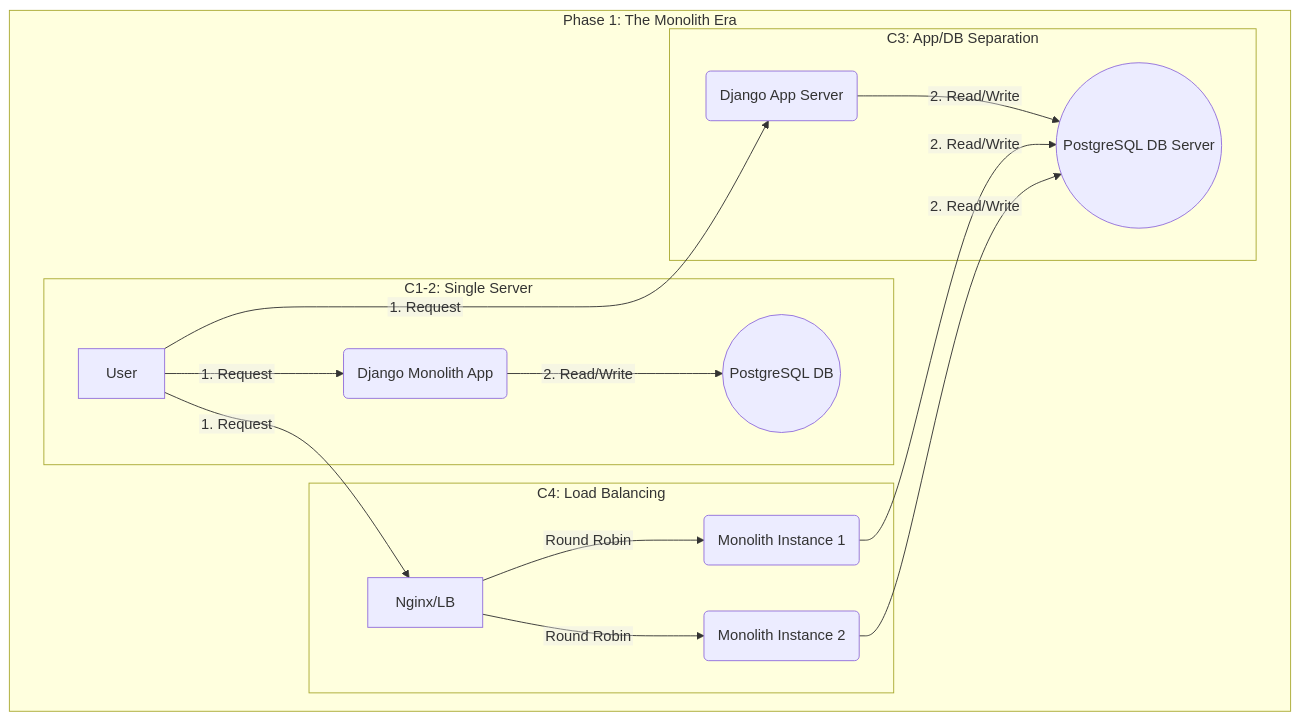
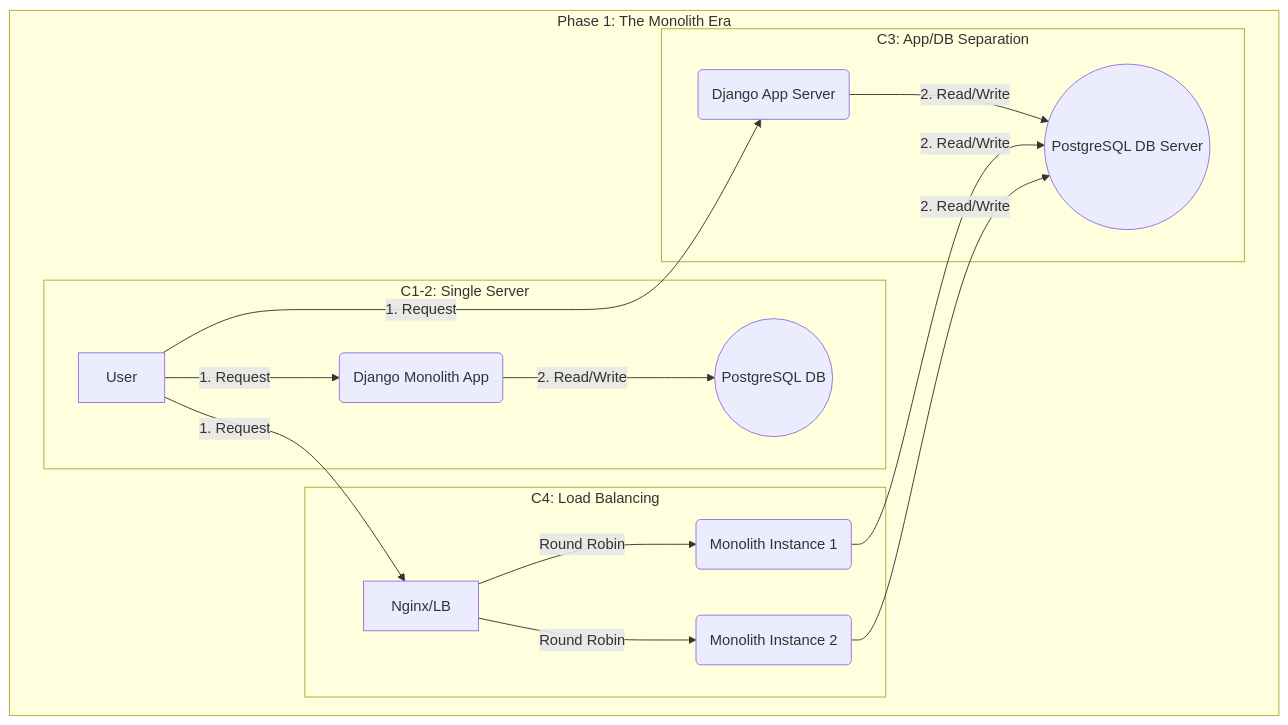
The diagram in Diagrams/README.md (004Ajay/The-Accidental-CTO), drawn with Mermaid before and after one commit. The commit also changed other lines of this file, not shown here.

Commit message:
Test Diagram made clear

````diff
--- a/Diagrams/README.md
+++ b/Diagrams/README.md
@@ -3,37 +5,37 @@
 ```mermaid
-%%{init: {'flowchart': {'htmlLabels': false}}}%%
+%%{init: {'flowchart': {'htmlLabels': false,}}}%%
 graph TD
     subgraph Phase 1: The Monolith Era
         direction LR
         
-        %% Nodes (Shapes/Conceptual Components)
+        %% Nodes
         A[User]
         B((PostgreSQL DB))
         C[Nginx/LB]
         D(Django Monolith App)
         E(Django Monolith App 2)
         
         %% Chapter 1-2: Single Box (Monolith)
         subgraph C1-2: Single Server
             A -->|1. Request| D
             D -->|2. Read/Write| B
         end
         
         %% Chapter 3: The Great Divorce (App & DB Separation)
         subgraph C3: App/DB Separation
             D_sep(Django App Server)
             B_sep((PostgreSQL DB Server))
             A -->|1. Request| D_sep
             D_sep -->|2. Read/Write| B_sep
         end
         
         %% Chapter 4: The Traffic Cop (Load Balancing)
         subgraph C4: Load Balancing
             A -->|1. Request| C
             C --Round Robin--> D_lb(Monolith Instance 1)
             C --Round Robin--> E(Monolith Instance 2)
             D_lb -->|2. Read/Write| B_sep
             E -->|2. Read/Write| B_sep
         end
     end
 ```
````
